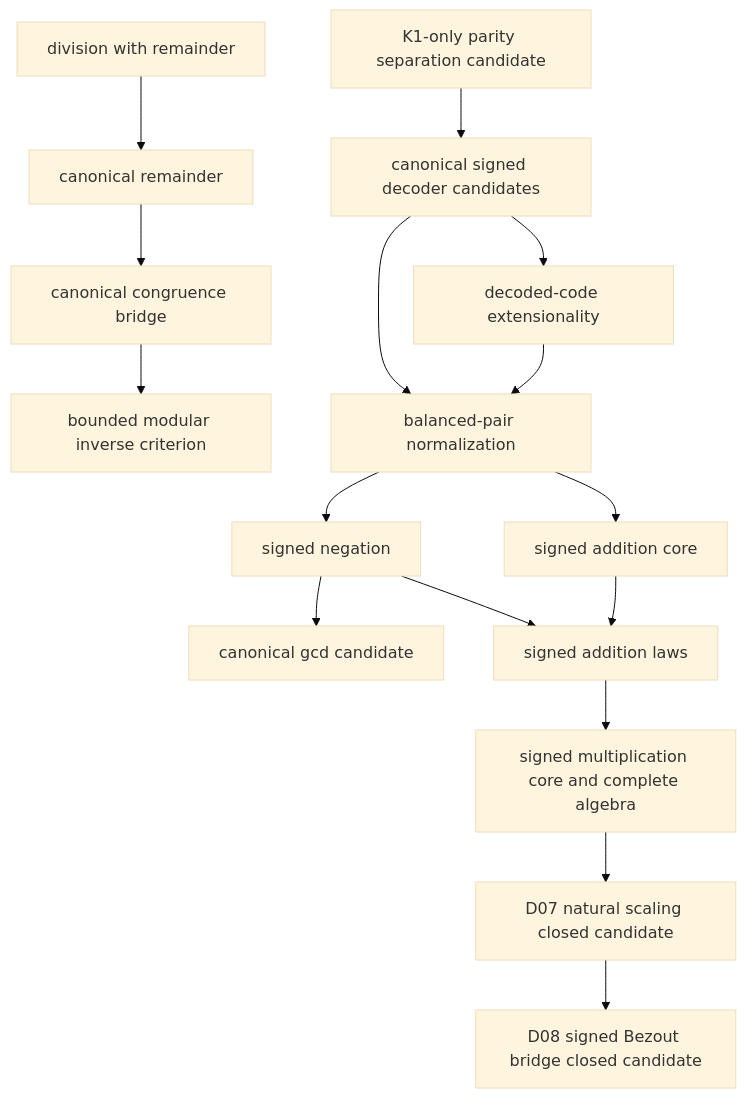
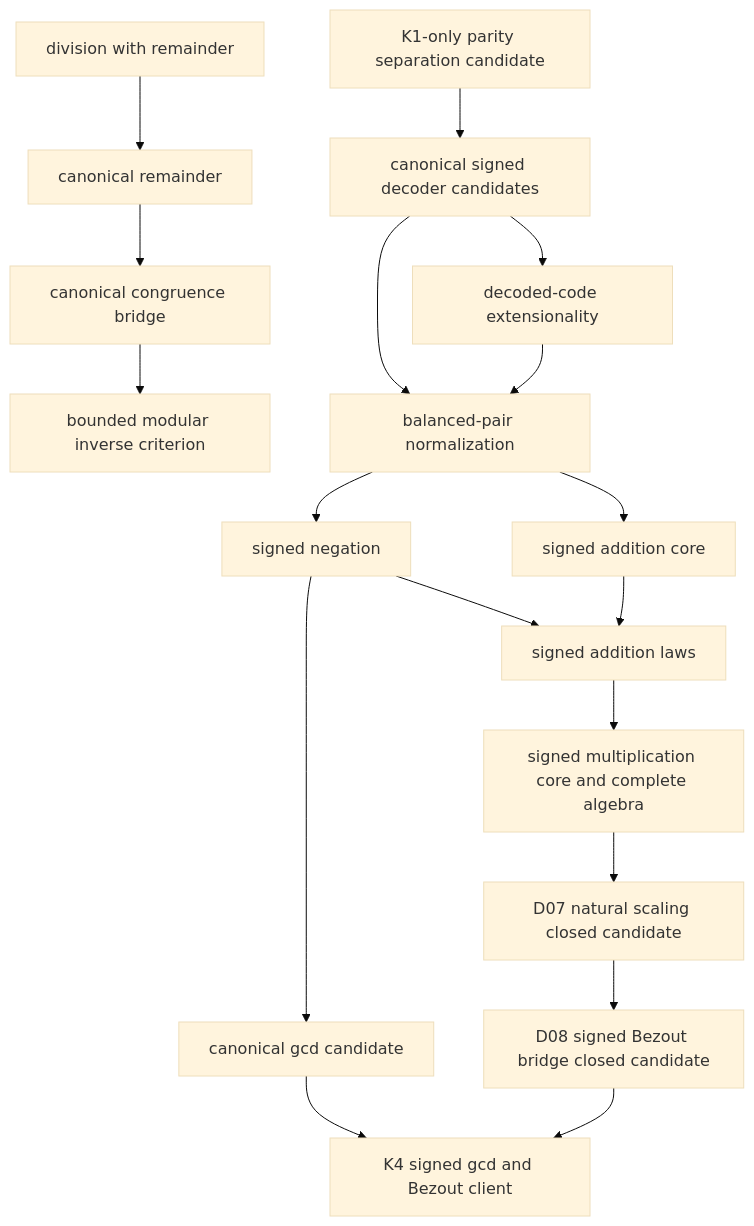
Before and after one commit to nasqret/vietnam2026: the diagram in vault/concepts/strict-ha-number-theory-campaign.md, drawn with Mermaid (base theme). The commit also changed other lines of this file and 11 other files, not shown here.

Commit message:
Close K4 signed gcd Bezout client

````diff
--- a/vault/concepts/strict-ha-number-theory-campaign.md
+++ b/vault/concepts/strict-ha-number-theory-campaign.md
@@ -37,18 +39,20 @@
 ```mermaid
 flowchart TD
   D[division with remainder] --> R[canonical remainder]
   R --> C[canonical congruence bridge]
   C --> I[bounded modular inverse criterion]
   G[relational IsGCD] --> CG[canonical gcd candidate]
   P[K1-only parity separation candidate] --> S[canonical signed decoder candidates]
   S --> E[decoded-code extensionality]
   S --> N[balanced-pair normalization]
   E --> N
   N --> G[signed negation]
   N --> A[signed addition core]
   G --> L[signed addition laws]
   A --> L
   L --> M[signed multiplication core and complete algebra]
   M --> D7[D07 natural scaling closed candidate]
   D7 --> B[D08 signed Bezout bridge closed candidate]
+  CG --> SG[K4 signed gcd and Bezout client]
+  B --> SG
 ```
````
